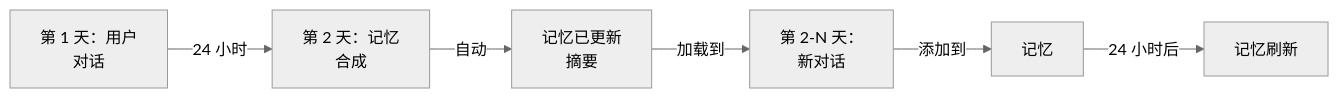
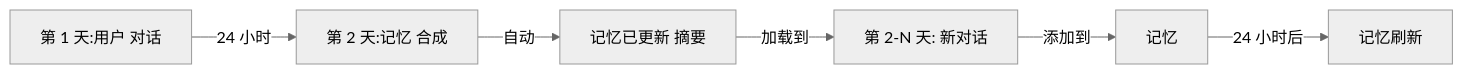
Before and after one commit to Rx782-Fss/claude-howto-zh: diagram 11 of 31 in claude-howto-zh/claude_concepts_guide.md, drawn with Mermaid (neutral theme). The commit also changed other lines of this file and 8 other files, not shown here.

First line of the commit message:
fix: 清除所有 Mermaid 内的 GitHub 不兼容内容

````diff
--- a/claude-howto-zh/claude_concepts_guide.md
+++ b/claude-howto-zh/claude_concepts_guide.md
@@ -884,8 +884,8 @@
 ```mermaid
 graph LR
-    A["第 1 天：用户<br/>对话"] -->|24 小时| B["第 2 天：记忆<br/>合成"]
-    B -->|自动| C["记忆已更新<br/>摘要"]
-    C -->|加载到| D["第 2-N 天：<br/>新对话"]
+    A["第 1 天:用户 对话"] -->|24 小时| B["第 2 天:记忆 合成"]
+    B -->|自动| C["记忆已更新 摘要"]
+    C -->|加载到| D["第 2-N 天: 新对话"]
     D -->|添加到| E["记忆"]
     E -->|24 小时后| F["记忆刷新"]
 ```
````
